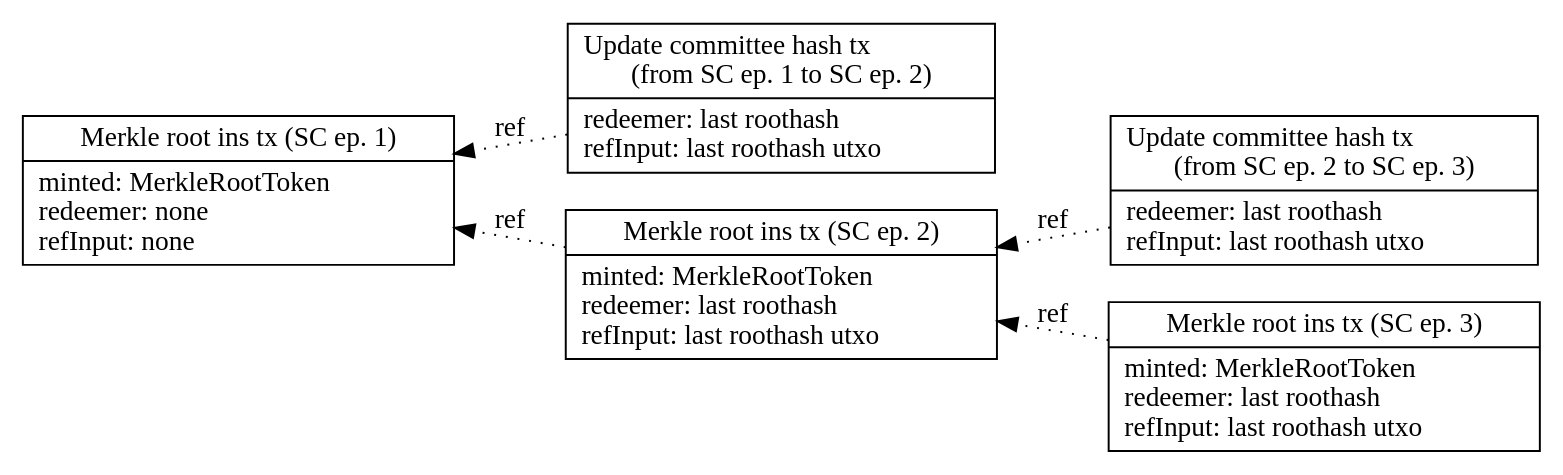
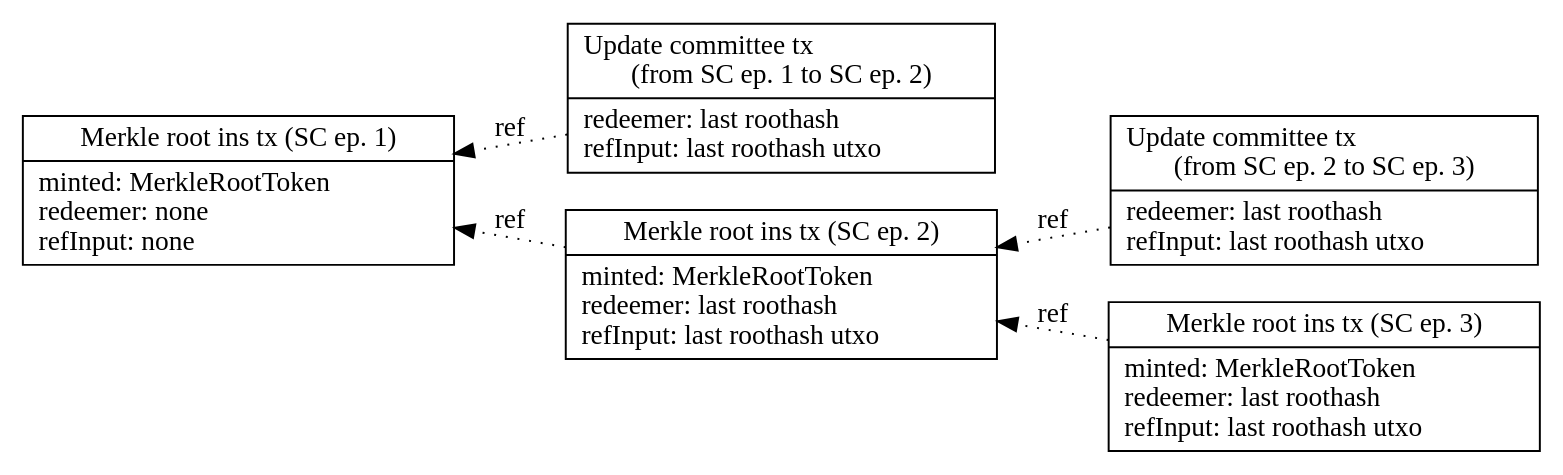
One commit to input-output-hk/partner-chains-smart-contracts changed the diagram in docs/Spec/MRChain-simple.dot. Above: the diagram before and after it, drawn with Graphviz. The commit also changed 10 other files, not shown here.

```diff
--- a/docs/Spec/MRChain-simple.dot
+++ b/docs/Spec/MRChain-simple.dot
@@ -1,44 +1,44 @@
 strict digraph {
   rankdir="RL"
 
   node [shape=record]
 
   mRoot1 [label =
     "Merkle root ins tx (SC ep. 1) |
       minted: MerkleRootToken\l
       redeemer: none\l
       refInput: none\l
     "]
 
   cHashUpd1 [label =
-    "Update committee hash tx\l
+    "Update committee tx\l
       (from SC ep. 1 to SC ep. 2) |
       redeemer: last roothash\l
       refInput: last roothash utxo\l
     "]
 
   mRoot2 [label =
     "Merkle root ins tx (SC ep. 2) |
       minted: MerkleRootToken\l
       redeemer: last roothash\l
       refInput: last roothash utxo\l
     "]
 
   cHashUpd2 [label =
-    "Update committee hash tx\l
+    "Update committee tx\l
       (from SC ep. 2 to SC ep. 3) |
       redeemer: last roothash\l
       refInput: last roothash utxo\l
     "]
 
   mRoot3 [label =
     "Merkle root ins tx (SC ep. 3) |
       minted: MerkleRootToken\l
       redeemer: last roothash\l
       refInput: last roothash utxo\l
     "]
 
   mRoot3 -> mRoot2 -> mRoot1 [label = "ref", style = dotted]
   cHashUpd1 -> mRoot1 [label = "ref", style = dotted]
   cHashUpd2 -> mRoot2 [label = "ref", style = dotted]
 }
```
